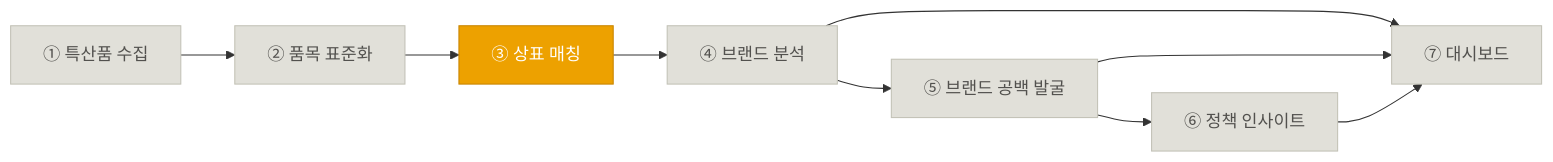
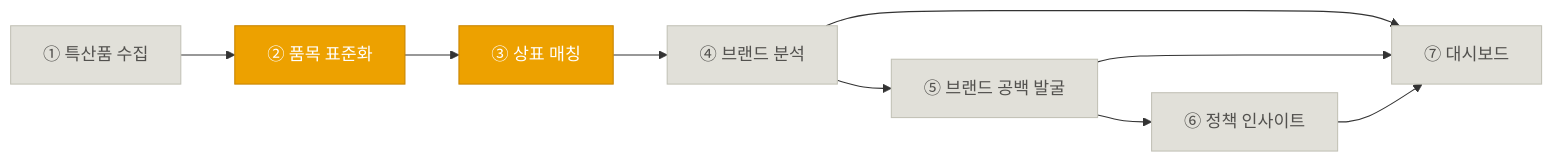
One commit to omelette-archive/KIIP changed the diagram in README.md. Above: the diagram before and after it, drawn with Mermaid. The commit also changed other lines of this file and 4 other files, not shown here.

````diff
--- a/README.md
+++ b/README.md
@@ -9,22 +9,22 @@
 ```mermaid
 flowchart LR
     P1["① 특산품 수집"] --> P2["② 품목 표준화"]
     P2 --> P3["③ 상표 매칭"]
     P3 --> P4["④ 브랜드 분석"]
     P4 --> P5["⑤ 브랜드 공백 발굴"]
     P5 --> P6["⑥ 정책 인사이트"]
     P4 --> P7["⑦ 대시보드"]
     P5 --> P7
     P6 --> P7
 
     classDef done fill:#1baf7a,stroke:#199e70,color:#fff
     classDef partial fill:#eda100,stroke:#c98500,color:#fff
     classDef todo fill:#e1e0d9,stroke:#c3c2b7,color:#52514e
     class P1 todo
-    class P2 todo
+    class P2 partial
     class P3 partial
     class P4 todo
     class P5 todo
     class P6 todo
     class P7 todo
 ```
````
